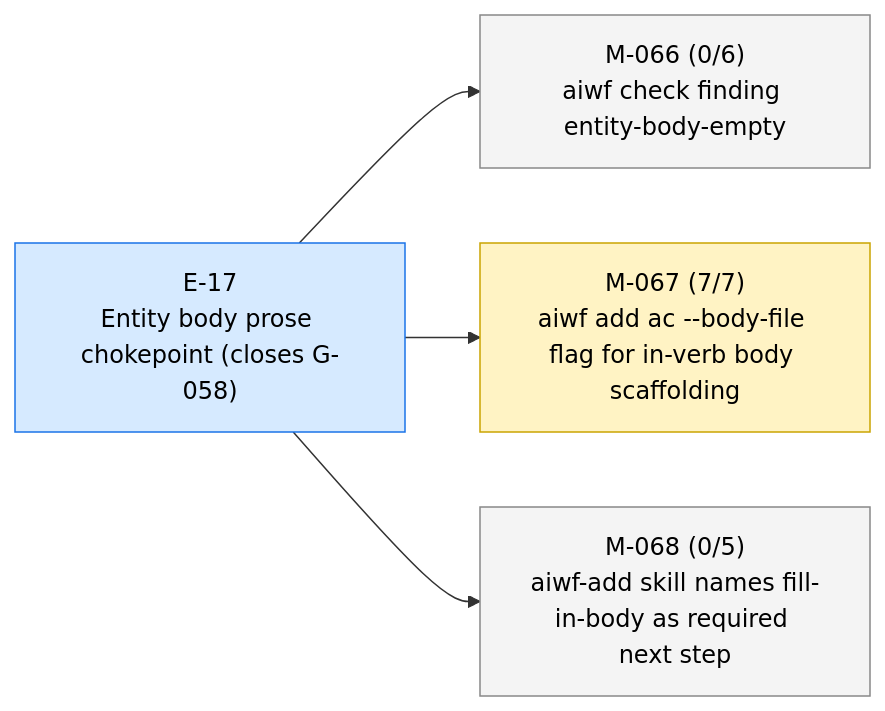
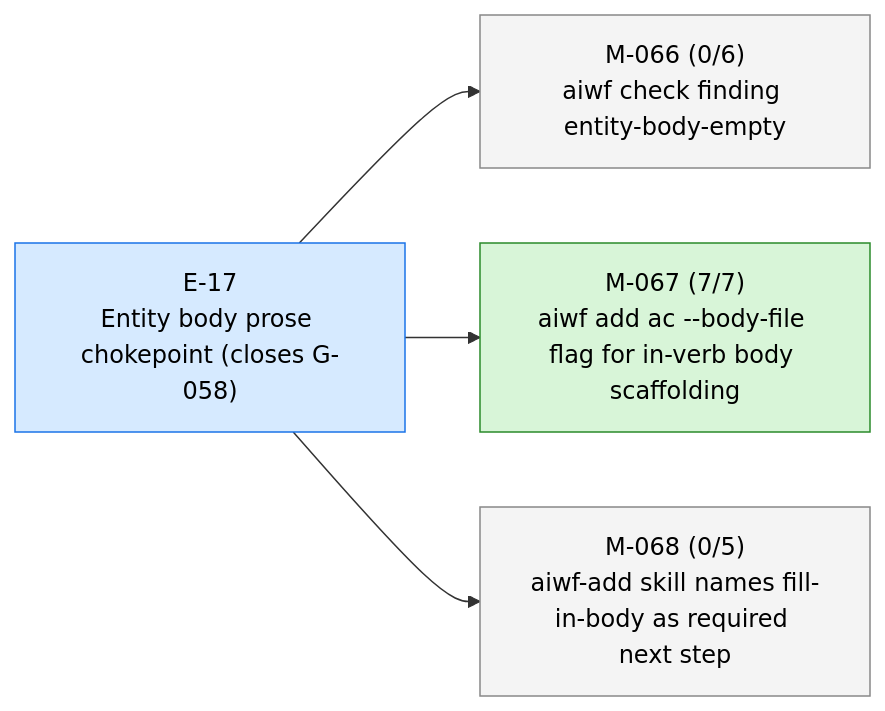
The first of 4 diagrams in STATUS.md (23min/aiwf), drawn with Mermaid before and after one commit. The commit also changed other lines of this file and 1 other file, not shown here.

Commit message:
aiwf promote M-067 in_progress -> done
aiwf-verb: promote
aiwf-entity: M-067
aiwf-actor: human/peter
aiwf-to: done

````diff
--- a/STATUS.md
+++ b/STATUS.md
@@ -13,16 +13,16 @@
 ```mermaid
 flowchart LR
   E_17["E-17<br/>Entity body prose chokepoint (closes G-058)"]:::epic_active
   M_066["M-066 (0/6)<br/>aiwf check finding entity-body-empty"]:::ms_draft
   E_17 --> M_066
-  M_067["M-067 (7/7)<br/>aiwf add ac --body-file flag for in-verb body scaffolding"]:::ms_in_progress
+  M_067["M-067 (7/7)<br/>aiwf add ac --body-file flag for in-verb body scaffolding"]:::ms_done
   E_17 --> M_067
   M_068["M-068 (0/5)<br/>aiwf-add skill names fill-in-body as required next step"]:::ms_draft
   E_17 --> M_068
   classDef epic_active fill:#d6eaff,stroke:#1a73e8,color:#000
   classDef epic_proposed fill:#f4f4f4,stroke:#888,color:#000
   classDef ms_done fill:#d8f5d8,stroke:#2a8a2a,color:#000
   classDef ms_in_progress fill:#fff3c4,stroke:#caa400,color:#000
   classDef ms_draft fill:#f4f4f4,stroke:#888,color:#000
   classDef ms_cancelled fill:#fbeaea,stroke:#c33,color:#000
 ```
````
